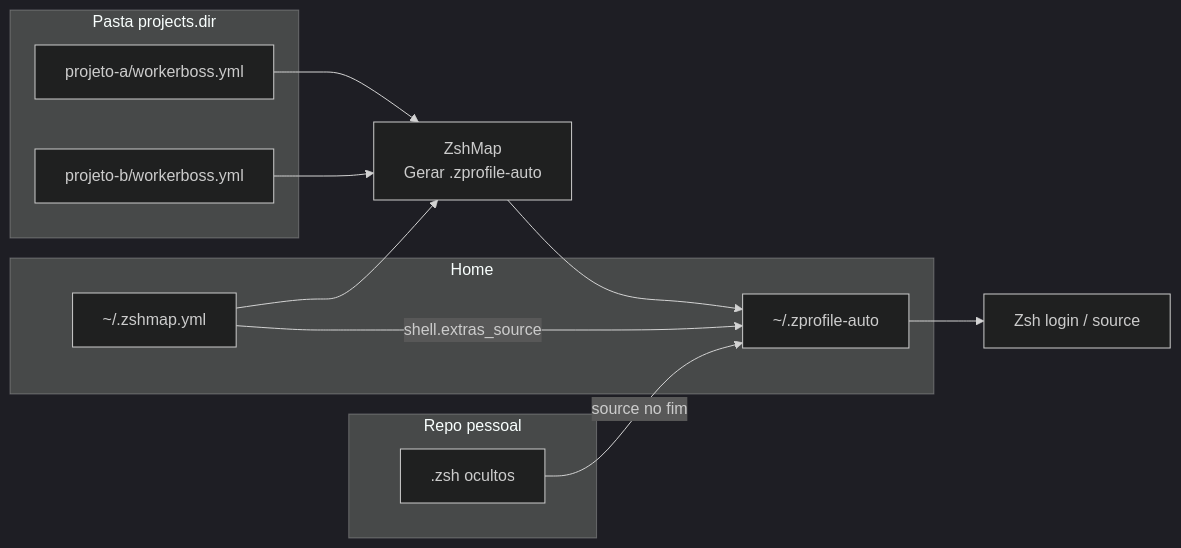
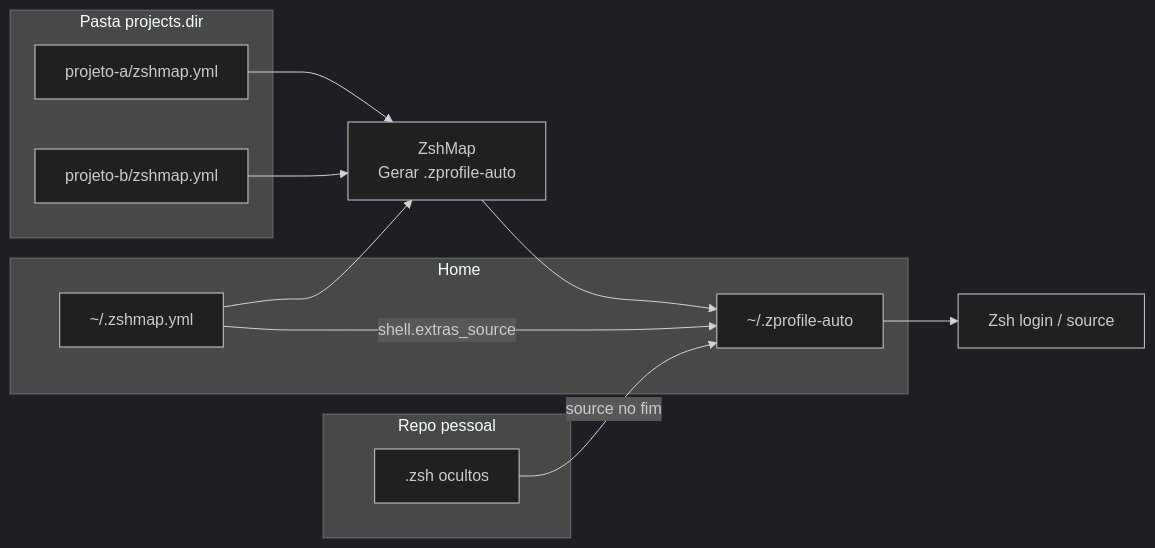
One commit to CeruttiMaicon/workerboss-extras changed the diagram in README.md. Above: the diagram before and after it, drawn with Mermaid (dark theme). The commit also changed other lines of this file and 1 other file, not shown here.

Commit message:
refactor(zshmap-extras): Update file names and references in .zshmap-extras.zsh and README.md to ensure consistency with ZshMap

````diff
--- a/README.md
+++ b/README.md
@@ -24,23 +24,23 @@
 ```mermaid
 flowchart LR
   subgraph home [Home]
     ZM_YAML["~/.zshmap.yml"]
     ZPA["~/.zprofile-auto"]
   end
   subgraph projects [Pasta projects.dir]
-    PY1["projeto-a/workerboss.yml"]
-    PY2["projeto-b/workerboss.yml"]
+    PY1["projeto-a/zshmap.yml"]
+    PY2["projeto-b/zshmap.yml"]
   end
   subgraph personal [Repo pessoal]
     EX[".zsh ocultos"]
   end
   ZM["ZshMap\nGerar .zprofile-auto"]
   ZSH["Zsh login / source"]
   ZM_YAML --> ZM
   PY1 --> ZM
   PY2 --> ZM
   ZM --> ZPA
   ZM_YAML -->|"shell.extras_source"| ZPA
   EX -->|"source no fim"| ZPA
   ZPA --> ZSH
 ```
````
